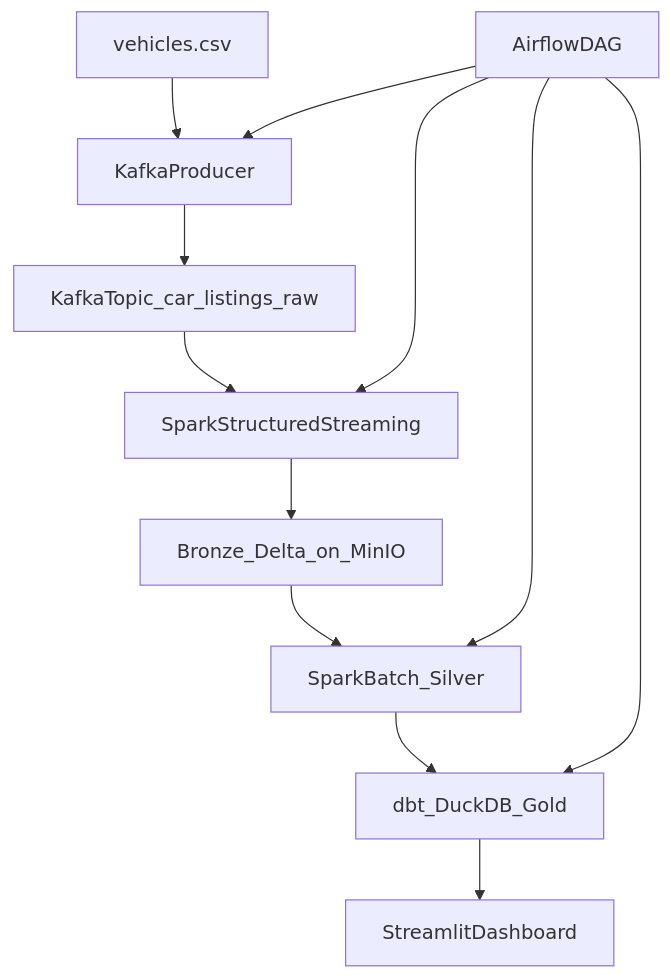
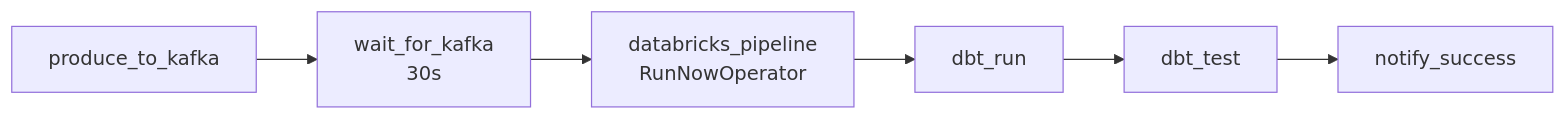
The second of 2 diagrams in docs/ARCHITECTURE.md (casp3ro/data-engineering), drawn with Mermaid before and after one commit. The commit also changed other lines of this file and 41 other files, not shown here.

````diff
--- a/docs/ARCHITECTURE.md
+++ b/docs/ARCHITECTURE.md
@@ -7,17 +32,8 @@
 ```mermaid
-flowchart TD
-  rawCsv[vehicles.csv] --> producer[KafkaProducer]
-  producer --> kafkaTopic[KafkaTopic_car_listings_raw]
-
-  kafkaTopic --> sparkStreaming[SparkStructuredStreaming]
-  sparkStreaming --> bronze[Bronze_Delta_on_MinIO]
-
-  bronze --> silver[SparkBatch_Silver]
-  silver --> gold[dbt_DuckDB_Gold]
-
-  gold --> dashboard[StreamlitDashboard]
-  airflow[AirflowDAG] --> producer
-  airflow --> sparkStreaming
-  airflow --> silver
-  airflow --> gold
+graph LR
+    A[produce_to_kafka] --> B[wait_for_kafka\n30s]
+    B --> C[databricks_pipeline\nRunNowOperator]
+    C --> D[dbt_run]
+    D --> E[dbt_test]
+    E --> F[notify_success]
 ```
````
